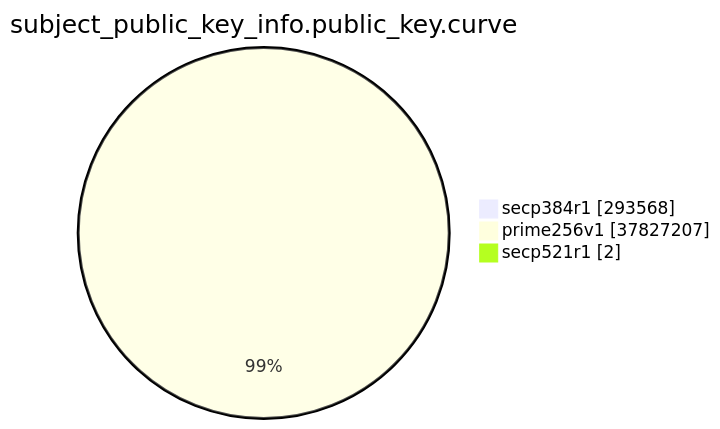
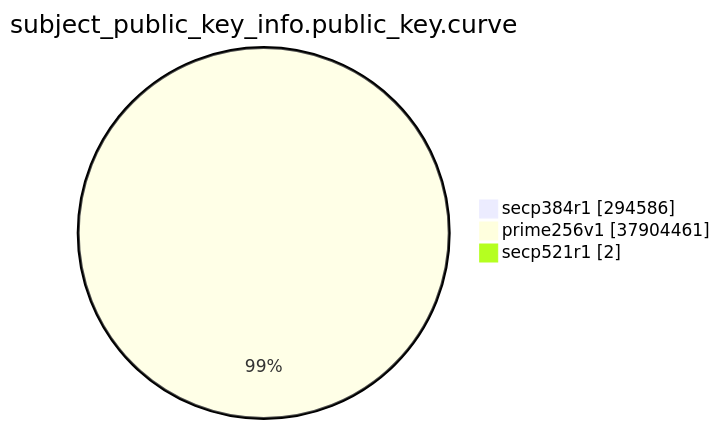
One commit to christiankrug/ctmonitor_visualization changed the eighth of 15 diagrams in xenon2023/README.md. Above: the diagram before and after it, drawn with Mermaid. The commit also changed other lines of this file, not shown here.

````diff
--- a/xenon2023/README.md
+++ b/xenon2023/README.md
@@ -2158,7 +2161,7 @@
 ```mermaid
 pie showData
 title subject_public_key_info.public_key.curve
-"secp384r1" :293568
-"prime256v1" :37827207
+"secp384r1" :294586
+"prime256v1" :37904461
 "secp521r1" :2
 ```
````
